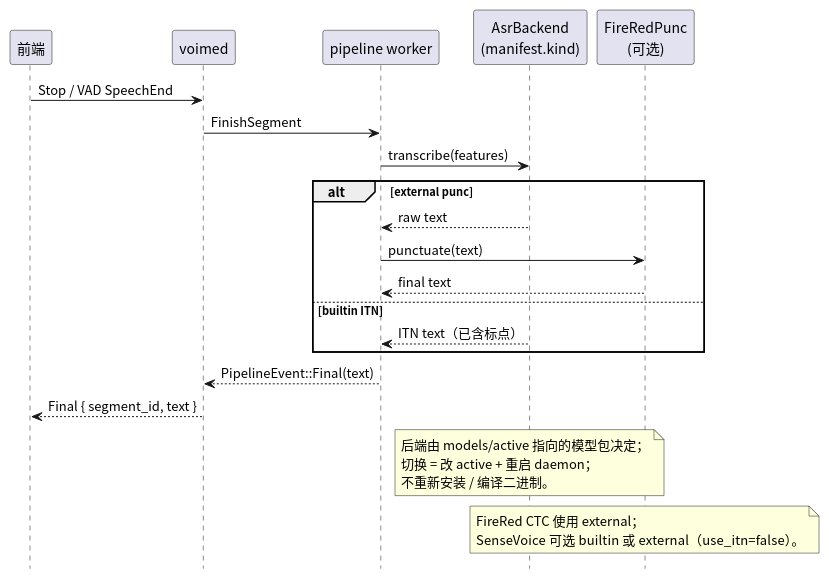
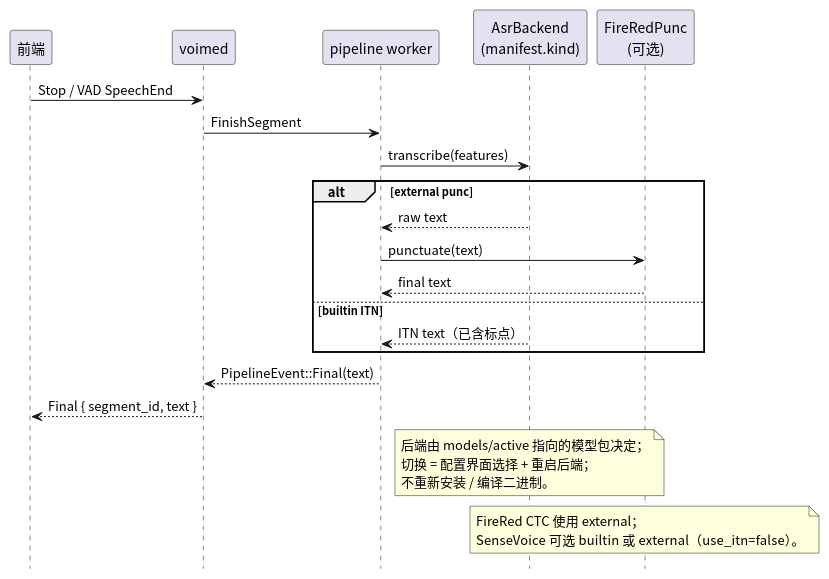
Before and after one commit to 54m43lJ/voime: the diagram in diagram/sensevoice-migration.puml, drawn with PlantUML. The commit also changed 4 other files, not shown here.

```diff
--- a/diagram/sensevoice-migration.puml
+++ b/diagram/sensevoice-migration.puml
@@ -1,33 +1,33 @@
 @startuml
 skinparam defaultFontName "Noto Sans CJK SC"
 skinparam shadowing false
 hide footbox
 
 participant "前端" as Frontend
 participant "voimed" as Daemon
 participant "pipeline worker" as Pipeline
 participant "AsrBackend\n(manifest.kind)" as Asr
 participant "FireRedPunc\n(可选)" as Punc
 
 Frontend -> Daemon : Stop / VAD SpeechEnd
 Daemon -> Pipeline : FinishSegment
 Pipeline -> Asr : transcribe(features)
 alt external punc
   Asr --> Pipeline : raw text
   Pipeline -> Punc : punctuate(text)
   Punc --> Pipeline : final text
 else builtin ITN
   Asr --> Pipeline : ITN text（已含标点）
 end
 Pipeline --> Daemon : PipelineEvent::Final(text)
 Daemon --> Frontend : Final { segment_id, text }
 note over Asr
   后端由 models/active 指向的模型包决定；
-  切换 = 改 active + 重启 daemon；
+  切换 = 配置界面选择 + 重启后端；
   不重新安装 / 编译二进制。
 end note
 note over Punc
   FireRed CTC 使用 external；
   SenseVoice 可选 builtin 或 external（use_itn=false）。
 end note
 @enduml
```
